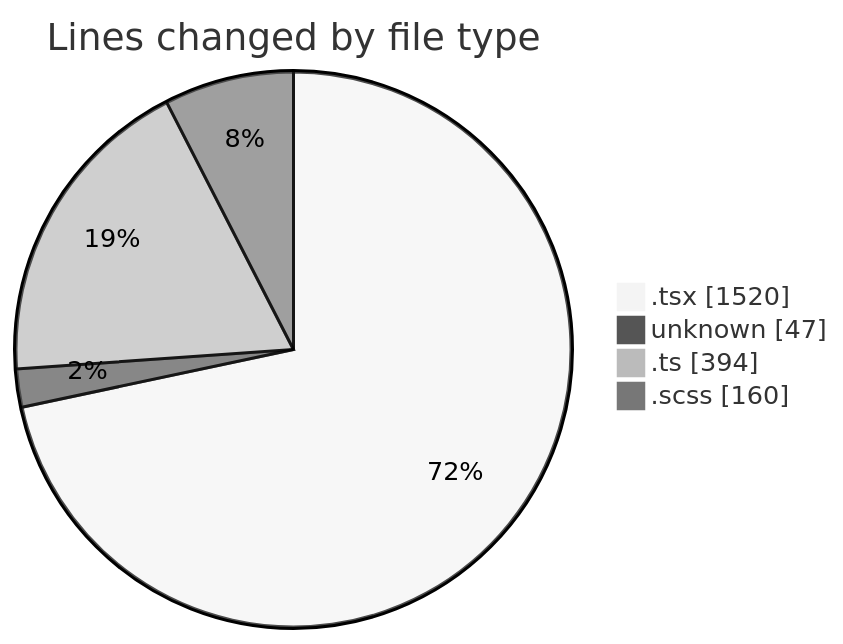
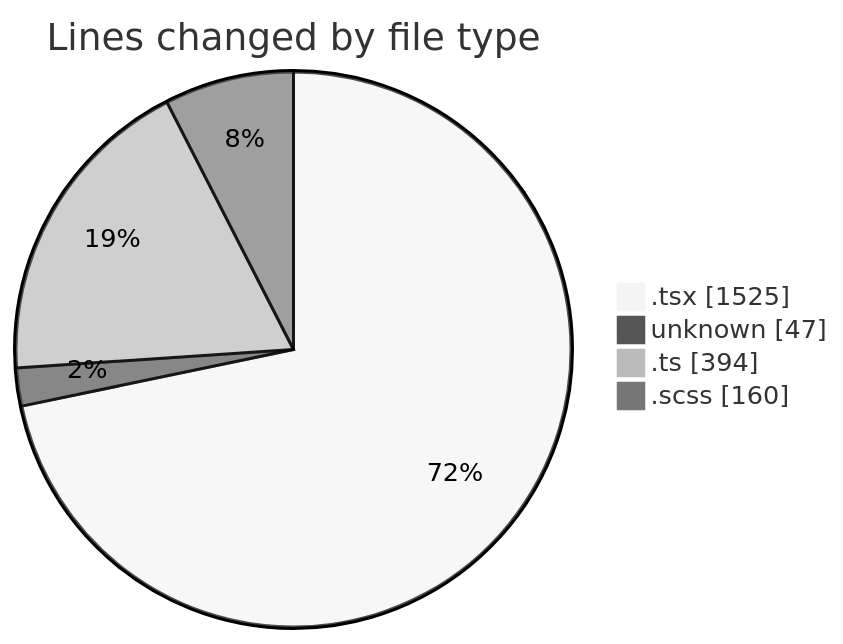
One commit to momahboobian/code-tracking changed the first of 2 diagrams in 2025-09-18/cda/README.md. Above: the diagram before and after it, drawn with Mermaid (neutral theme). The commit also changed other lines of this file and 1 other file, not shown here.

````diff
--- a/2025-09-18/cda/README.md
+++ b/2025-09-18/cda/README.md
@@ -25,8 +25,8 @@
 ```mermaid
 pie showData
 title Lines changed by file type
-".tsx" : 1520
+".tsx" : 1525
 "unknown" : 47
 ".ts" : 394
 ".scss" : 160
 ```
````
